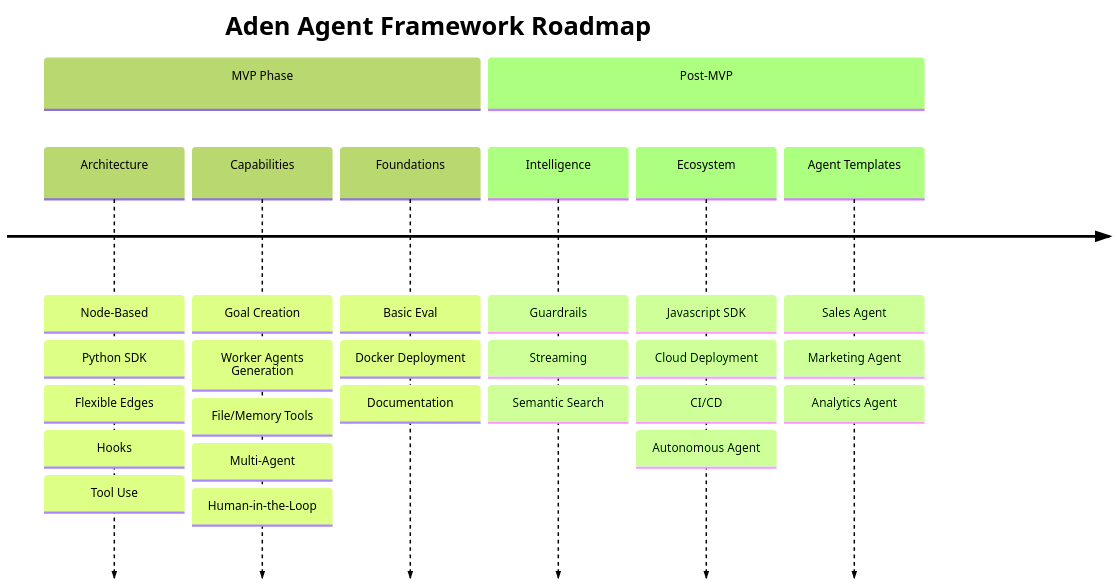
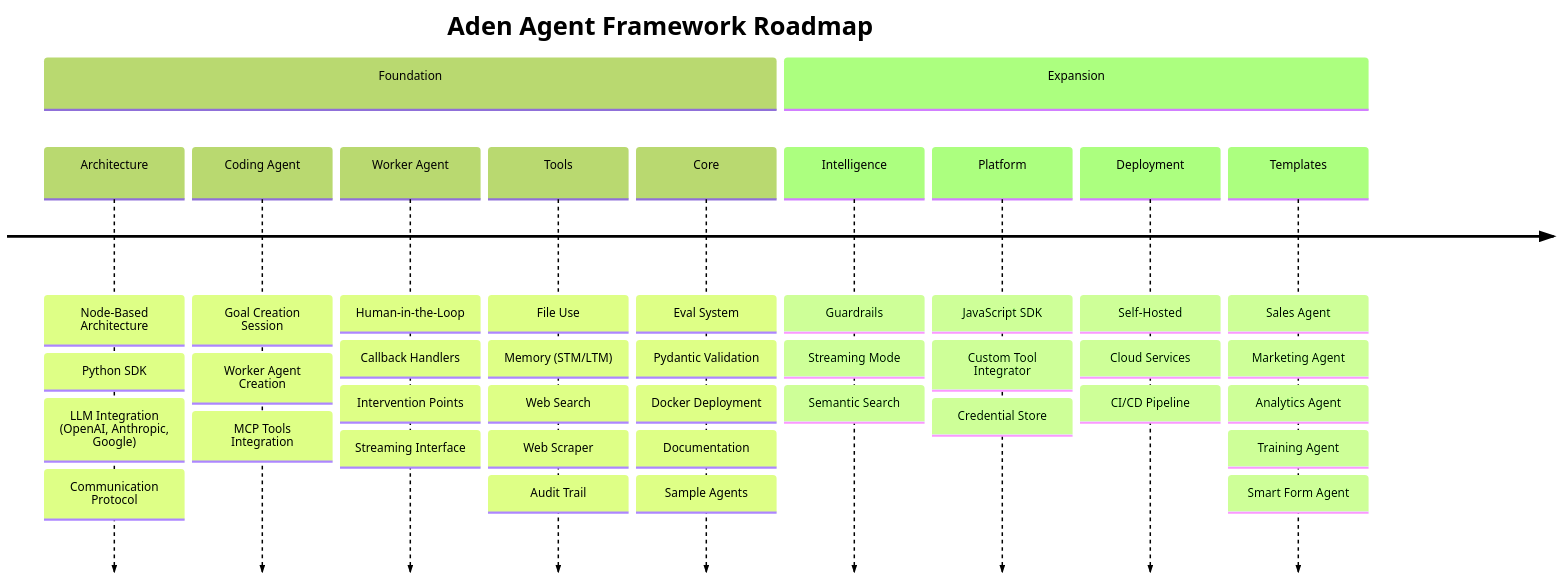
The diagram in ROADMAP.md (nk10nikhil/hive-spm-clone), drawn with Mermaid (forest theme) before and after one commit. The commit also changed other lines of this file and 18 other files, not shown here.

````diff
--- a/ROADMAP.md
+++ b/ROADMAP.md
@@ -5,12 +5,15 @@
 ```mermaid
 timeline
     title Aden Agent Framework Roadmap
-    section MVP Phase
-        Architecture : Node-Based : Python SDK : Flexible Edges : Hooks : Tool Use
-        Capabilities : Goal Creation : Worker Agents Generation: File/Memory Tools : Multi-Agent : Human-in-the-Loop
-        Foundations : Basic Eval : Docker Deployment : Documentation
-    section Post-MVP
-        Intelligence : Guardrails : Streaming : Semantic Search
-        Ecosystem : Javascript SDK : Cloud Deployment : CI/CD : Autonomous Agent
-        Agent Templates : Sales Agent : Marketing Agent : Analytics Agent
+    section Foundation
+        Architecture : Node-Based Architecture : Python SDK : LLM Integration (OpenAI, Anthropic, Google) : Communication Protocol
+        Coding Agent : Goal Creation Session : Worker Agent Creation : MCP Tools Integration
+        Worker Agent : Human-in-the-Loop : Callback Handlers : Intervention Points : Streaming Interface
+        Tools : File Use : Memory (STM/LTM) : Web Search : Web Scraper : Audit Trail
+        Core : Eval System : Pydantic Validation : Docker Deployment : Documentation : Sample Agents
+    section Expansion
+        Intelligence : Guardrails : Streaming Mode : Semantic Search
+        Platform : JavaScript SDK : Custom Tool Integrator : Credential Store
+        Deployment : Self-Hosted : Cloud Services : CI/CD Pipeline
+        Templates : Sales Agent : Marketing Agent : Analytics Agent : Training Agent : Smart Form Agent
 ```
````
